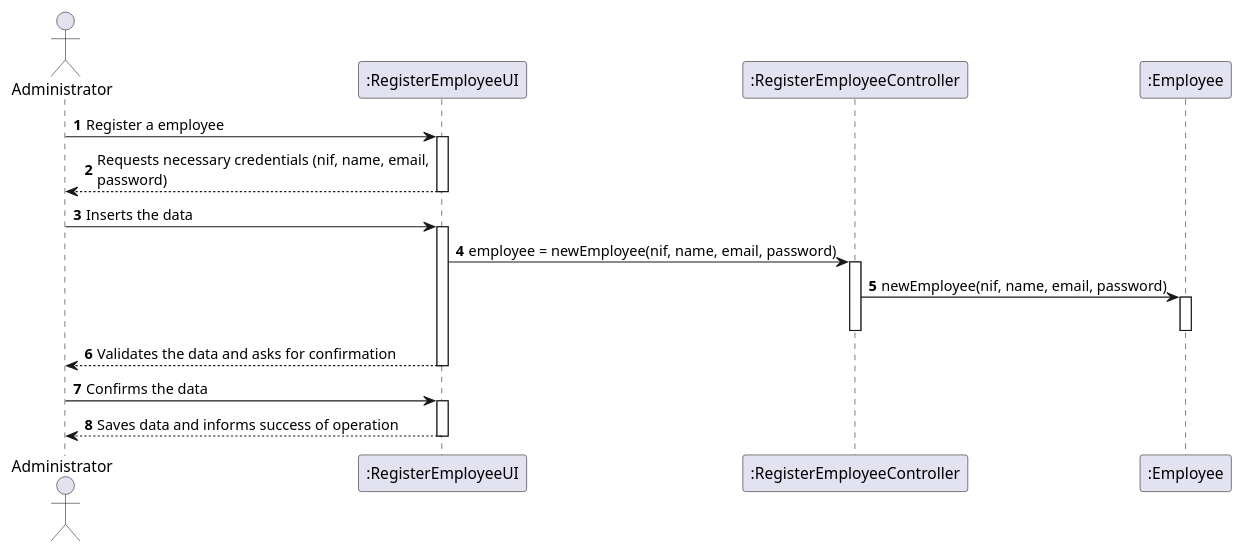
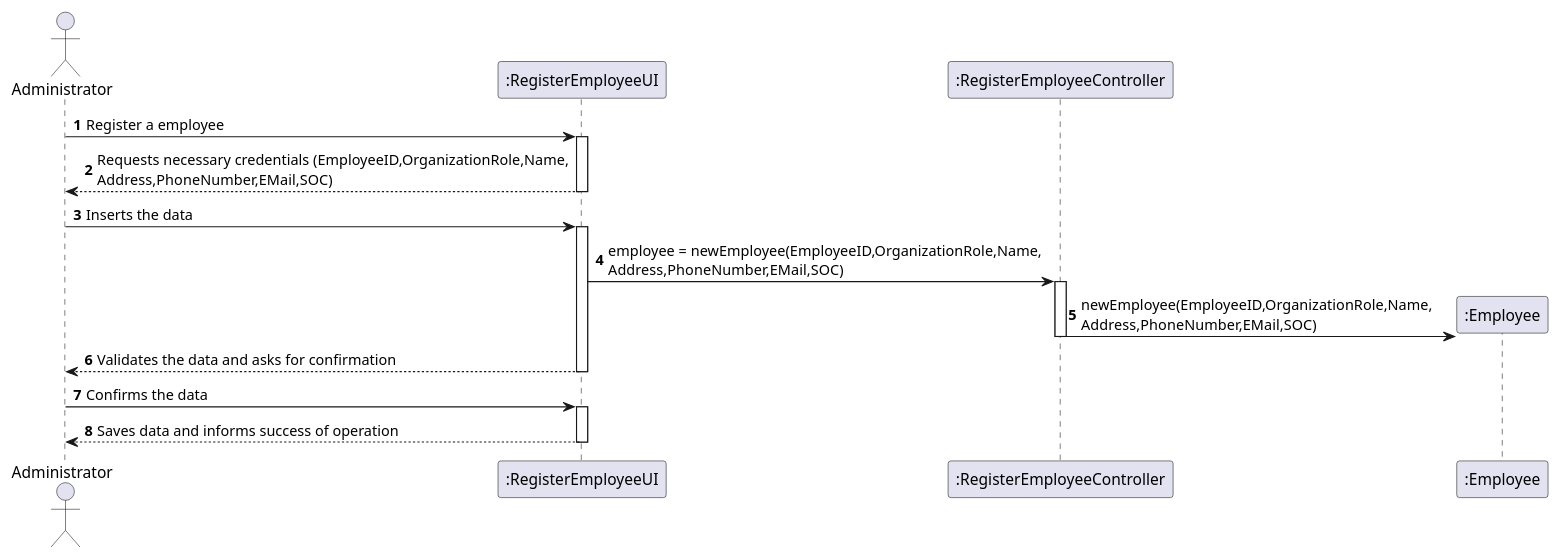
One commit to GuilhermeCunha79/lapr2 changed the diagram in docs/SprintB/UC7_RegisterAnEmployee/UC7_SD.puml. Above: the diagram before and after it, drawn with PlantUML. The commit also changed 5 other files, not shown here.

```diff
--- a/docs/SprintB/UC7_RegisterAnEmployee/UC7_SD.puml
+++ b/docs/SprintB/UC7_RegisterAnEmployee/UC7_SD.puml
@@ -1,33 +1,31 @@
 @startuml
 autonumber
 'hide footbox
 actor "Administrator" as ADMIN
 
 participant ":RegisterEmployeeUI" as UI
 participant ":RegisterEmployeeController" as CTRL
 participant ":Employee" as E
 
 
 ADMIN -> UI : Register a employee
 activate UI
-    UI --> ADMIN : Requests necessary credentials (nif, name, email,\npassword)
+    UI --> ADMIN : Requests necessary credentials (EmployeeID,OrganizationRole,Name,\nAddress,PhoneNumber,EMail,SOC)
 deactivate UI
 
 ADMIN -> UI : Inserts the data
 activate UI
-    UI -> CTRL : employee = newEmployee(nif, name, email, password)
+    UI -> CTRL : employee = newEmployee(EmployeeID,OrganizationRole,Name,\nAddress,PhoneNumber,EMail,SOC)
     activate CTRL
 
-        CTRL -> E: newEmployee(nif, name, email, password)
-        activate E
-        deactivate E
+        CTRL -> E** : newEmployee(EmployeeID,OrganizationRole,Name,\nAddress,PhoneNumber,EMail,SOC)
     deactivate CTRL
     UI --> ADMIN : Validates the data and asks for confirmation
 deactivate UI
 
 ADMIN -> UI : Confirms the data
 activate UI
     UI --> ADMIN : Saves data and informs success of operation
 deactivate UI
 
 @enduml
```
